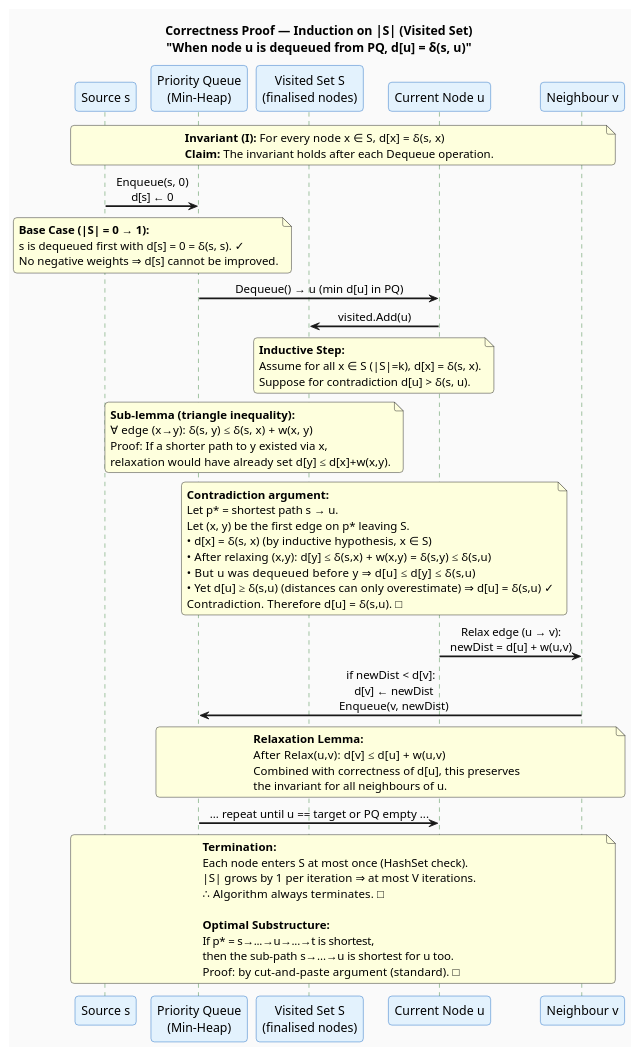
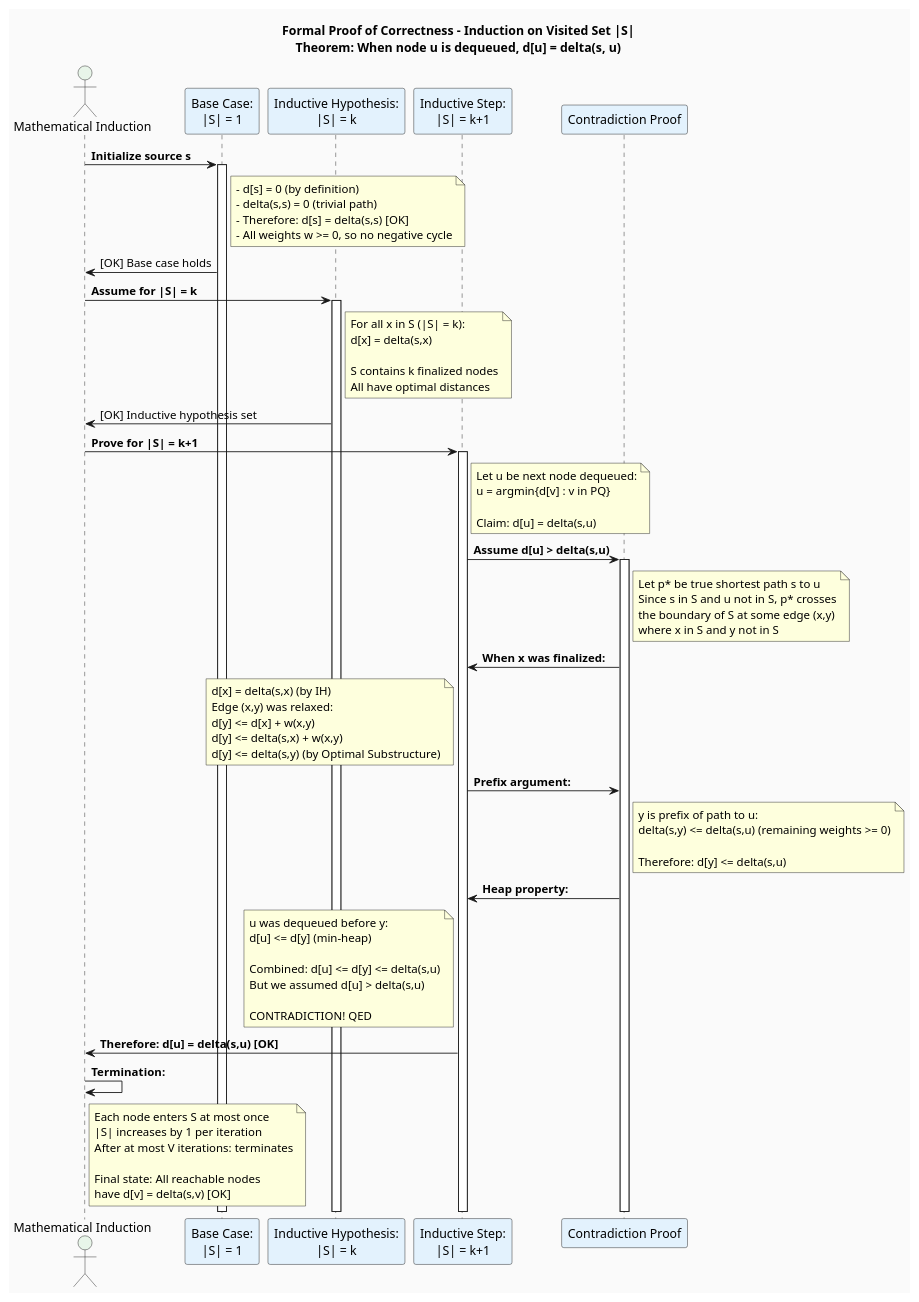
One commit to AIU-SoftWave/Greater-Cairo-Transportation-Network changed the diagram in Deliverables/Theoretical/DijkstraAnalysis/diagrams/correctness_proof_sequence.puml. Above: the diagram before and after it, drawn with PlantUML. The commit also changed 48 other files, not shown here.

First line of the commit message:
docs: integrate PlantUML diagrams across all documentation and fix special character encoding

```diff
--- a/Deliverables/Theoretical/DijkstraAnalysis/diagrams/correctness_proof_sequence.puml
+++ b/Deliverables/Theoretical/DijkstraAnalysis/diagrams/correctness_proof_sequence.puml
@@ -1,87 +1,97 @@
-@startuml CorrectnessProof
+@startuml CorrectnessProofSequence
 skinparam backgroundColor #FAFAFA
-skinparam sequenceArrowThickness 2
-skinparam roundcorner 8
-skinparam sequenceMessageAlign center
 skinparam sequence {
+    ActorBackgroundColor #E8F5E9
     ParticipantBackgroundColor #E3F2FD
-    ParticipantBorderColor #1565C0
-    LifeLineBackgroundColor #E8F5E9
-    LifeLineBorderColor #2E7D32
-    NoteBackgroundColor #FFF9C4
-    NoteBorderColor #F9A825
+    DatabaseBackgroundColor #FFF9C4
 }
 
-title Correctness Proof — Induction on |S| (Visited Set)\n"When node u is dequeued from PQ, d[u] = δ(s, u)"
+title Formal Proof of Correctness - Induction on Visited Set |S|\nTheorem: When node u is dequeued, d[u] = delta(s, u)
 
-participant "Source s" as S
-participant "Priority Queue\n(Min-Heap)" as PQ
-participant "Visited Set S\n(finalised nodes)" as VS
-participant "Current Node u" as U
-participant "Neighbour v" as V
+actor "Mathematical Induction" as Proof
 
-note over S, V
-  **Invariant (I):** For every node x ∈ S,  d[x] = δ(s, x)
-  **Claim:** The invariant holds after each Dequeue operation.
+participant "Base Case:\n|S| = 1" as Base
+participant "Inductive Hypothesis:\n|S| = k" as IH
+participant "Inductive Step:\n|S| = k+1" as IS
+participant "Contradiction Proof" as Contradiction
+
+Proof -> Base: **Initialize source s**
+activate Base
+note right of Base
+  - d[s] = 0 (by definition)
+  - delta(s,s) = 0 (trivial path)
+  - Therefore: d[s] = delta(s,s) [OK]
+  - All weights w >= 0, so no negative cycle
+end note
+Base -> Proof: [OK] Base case holds
+
+Proof -> IH: **Assume for |S| = k**
+activate IH
+note right of IH
+  For all x in S (|S| = k):
+  d[x] = delta(s,x)
+  
+  S contains k finalized nodes
+  All have optimal distances
+end note
+IH -> Proof: [OK] Inductive hypothesis set
+
+Proof -> IS: **Prove for |S| = k+1**
+activate IS
+note right of IS
+  Let u be next node dequeued:
+  u = argmin{d[v] : v in PQ}
+  
+  Claim: d[u] = delta(s,u)
 end note
 
-S -> PQ : Enqueue(s, 0)\nd[s] ← 0
-
-note over S, PQ
-  **Base Case (|S| = 0 → 1):**
-  s is dequeued first with d[s] = 0 = δ(s, s). ✓
-  No negative weights ⇒ d[s] cannot be improved.
+IS -> Contradiction: **Assume d[u] > delta(s,u)**
+activate Contradiction
+note right of Contradiction
+  Let p* be true shortest path s to u
+  Since s in S and u not in S, p* crosses
+  the boundary of S at some edge (x,y)
+  where x in S and y not in S
 end note
 
-PQ -> U  : Dequeue() → u  (min d[u] in PQ)
-U  -> VS : visited.Add(u)
-
-note over U, VS
-  **Inductive Step:**
-  Assume for all x ∈ S (|S|=k), d[x] = δ(s, x).
-  Suppose for contradiction d[u] > δ(s, u).
+Contradiction -> IS: **When x was finalized:**
+note left of IS
+  d[x] = delta(s,x) (by IH)
+  Edge (x,y) was relaxed:
+  d[y] <= d[x] + w(x,y)
+  d[y] <= delta(s,x) + w(x,y)
+  d[y] <= delta(s,y) (by Optimal Substructure)
 end note
 
-note over PQ, VS
-  **Sub-lemma (triangle inequality):**
-  ∀ edge (x→y):  δ(s, y) ≤ δ(s, x) + w(x, y)
-  Proof: If a shorter path to y existed via x,
-  relaxation would have already set d[y] ≤ d[x]+w(x,y).
+IS -> Contradiction: **Prefix argument:**
+note right of Contradiction
+  y is prefix of path to u:
+  delta(s,y) <= delta(s,u) (remaining weights >= 0)
+  
+  Therefore: d[y] <= delta(s,u)
 end note
 
-note over U, VS
-  **Contradiction argument:**
-  Let p* = shortest path s → u.
-  Let (x, y) be the first edge on p* leaving S.
-  • d[x] = δ(s, x)  (by inductive hypothesis, x ∈ S)
-  • After relaxing (x,y): d[y] ≤ δ(s,x) + w(x,y) = δ(s,y) ≤ δ(s,u)
-  • But u was dequeued before y  ⇒  d[u] ≤ d[y] ≤ δ(s,u)
-  • Yet d[u] ≥ δ(s,u) (distances can only overestimate) ⇒ d[u] = δ(s,u) ✓
-  Contradiction. Therefore d[u] = δ(s,u). □
+Contradiction -> IS: **Heap property:**
+note left of IS
+  u was dequeued before y:
+  d[u] <= d[y] (min-heap)
+  
+  Combined: d[u] <= d[y] <= delta(s,u)
+  But we assumed d[u] > delta(s,u)
+  
+  CONTRADICTION! QED
 end note
 
-U  -> V  : Relax edge (u → v):\nnewDist = d[u] + w(u,v)
-V  -> PQ : if newDist < d[v]:\n  d[v] ← newDist\n  Enqueue(v, newDist)
+IS -> Proof: **Therefore: d[u] = delta(s,u) [OK]**
 
-note over V, PQ
-  **Relaxation Lemma:**
-  After Relax(u,v):  d[v] ≤ d[u] + w(u,v)
-  Combined with correctness of d[u], this preserves
-  the invariant for all neighbours of u.
-end note
-
-PQ -> U  : ... repeat until u == target or PQ empty ...
-
-note over S, V
-  **Termination:**
-  Each node enters S at most once (HashSet check).
-  |S| grows by 1 per iteration ⇒ at most V iterations.
-  ∴ Algorithm always terminates. □
-
-  **Optimal Substructure:**
-  If p* = s→...→u→...→t is shortest,
-  then the sub-path s→...→u is shortest for u too.
-  Proof: by cut-and-paste argument (standard). □
+Proof -> Proof: **Termination:**
+note right of Proof
+  Each node enters S at most once
+  |S| increases by 1 per iteration
+  After at most V iterations: terminates
+  
+  Final state: All reachable nodes
+  have d[v] = delta(s,v) [OK]
 end note
 
 @enduml
```
